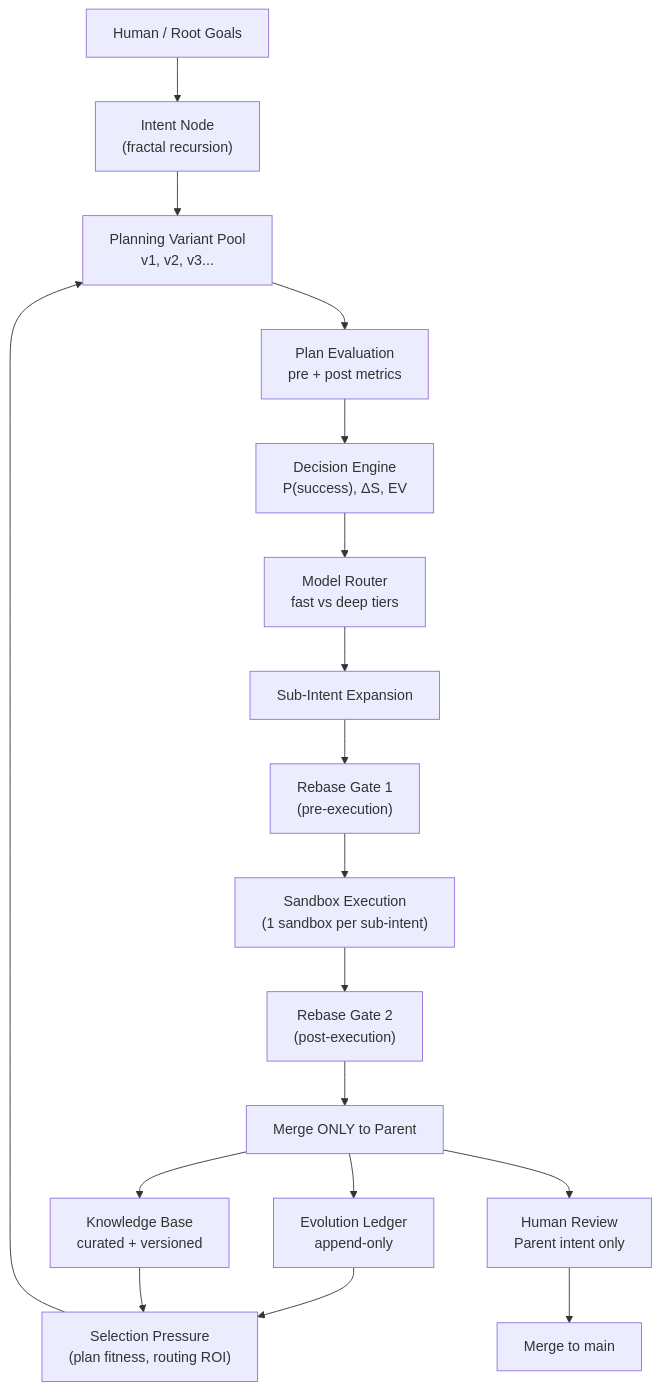
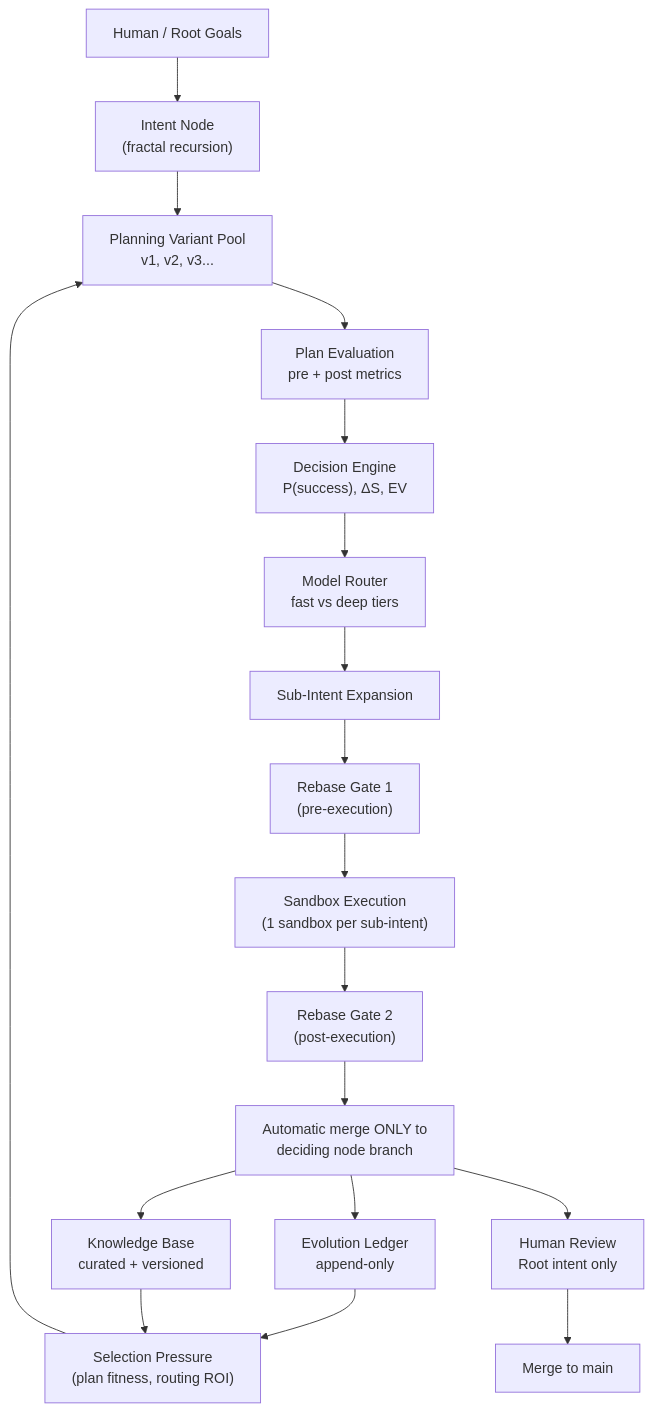
The first of 3 diagrams in README.md (Holon-Agentic-Coder/holon-agentic-coder), drawn with Mermaid before and after one commit. The commit also changed other lines of this file and 10 other files, not shown here.

First line of the commit message:
docs: sub-intents merge into the deciding node and nested PRs merge automatically (#110)

````diff
--- a/README.md
+++ b/README.md
@@ -169,20 +169,20 @@
 ```mermaid
 flowchart TB
     H[Human / Root Goals] --> I[Intent Node<br>#40;fractal recursion#41;]
 I --> PV[Planning Variant Pool<br>v1, v2, v3...]
 PV --> PE[Plan Evaluation<br>pre + post metrics]
 PE --> D[Decision Engine<br>P#40;success#41;, ΔS, EV]
 D --> MR[Model Router<br>fast vs deep tiers]
 MR --> SI[Sub-Intent Expansion]
 SI --> RB1[Rebase Gate 1<br>#40;pre-execution#41;]
 RB1 --> SX[Sandbox Execution<br>#40;1 sandbox per sub-intent#41;]
 SX --> RB2[Rebase Gate 2<br>#40;post-execution#41;]
-RB2 --> MP[Merge ONLY to Parent]
+RB2 --> MP[Automatic merge ONLY to<br>deciding node branch]
 MP --> L[Evolution Ledger<br>append-only]
 MP --> KB[Knowledge Base<br>curated + versioned]
 L --> SEL[Selection Pressure<br>#40;plan fitness, routing ROI#41;]
 KB --> SEL
 SEL --> PV
-MP --> HR[Human Review<br>Parent intent only]
+MP --> HR[Human Review<br>Root intent only]
 HR --> MAIN[Merge to main]
 ```
````
